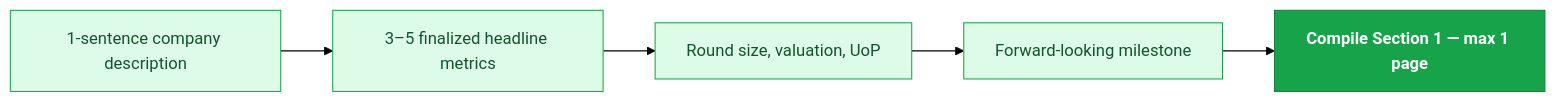
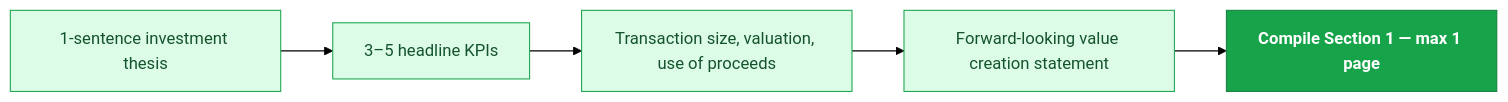
Before and after one commit to mrchanpark/IC-Memo-Flow-Chart-V2: diagram 13 of 16 in README.md, drawn with Mermaid (forest theme). The commit also changed other lines of this file and 2 other files, not shown here.

````diff
--- a/README.md
+++ b/README.md
@@ -349,9 +350,9 @@
 ```mermaid
 flowchart LR
-  A["1-sentence company description"]:::grn --> B["3–5 finalized headline metrics"]:::grn
-  B --> C["Round size, valuation, UoP"]:::grn
-  C --> D["Forward-looking milestone"]:::grn
+  A["1-sentence investment thesis"]:::grn --> B["3–5 headline KPIs"]:::grn
+  B --> C["Transaction size, valuation, use of proceeds"]:::grn
+  C --> D["Forward-looking value creation statement"]:::grn
   D --> E["Compile Section 1 — max 1 page"]:::grnC
   classDef grn fill:#dcfce7,stroke:#16a34a,color:#14532d
   classDef grnC fill:#16a34a,stroke:#15803d,color:#fff,font-weight:700
 ```
````
